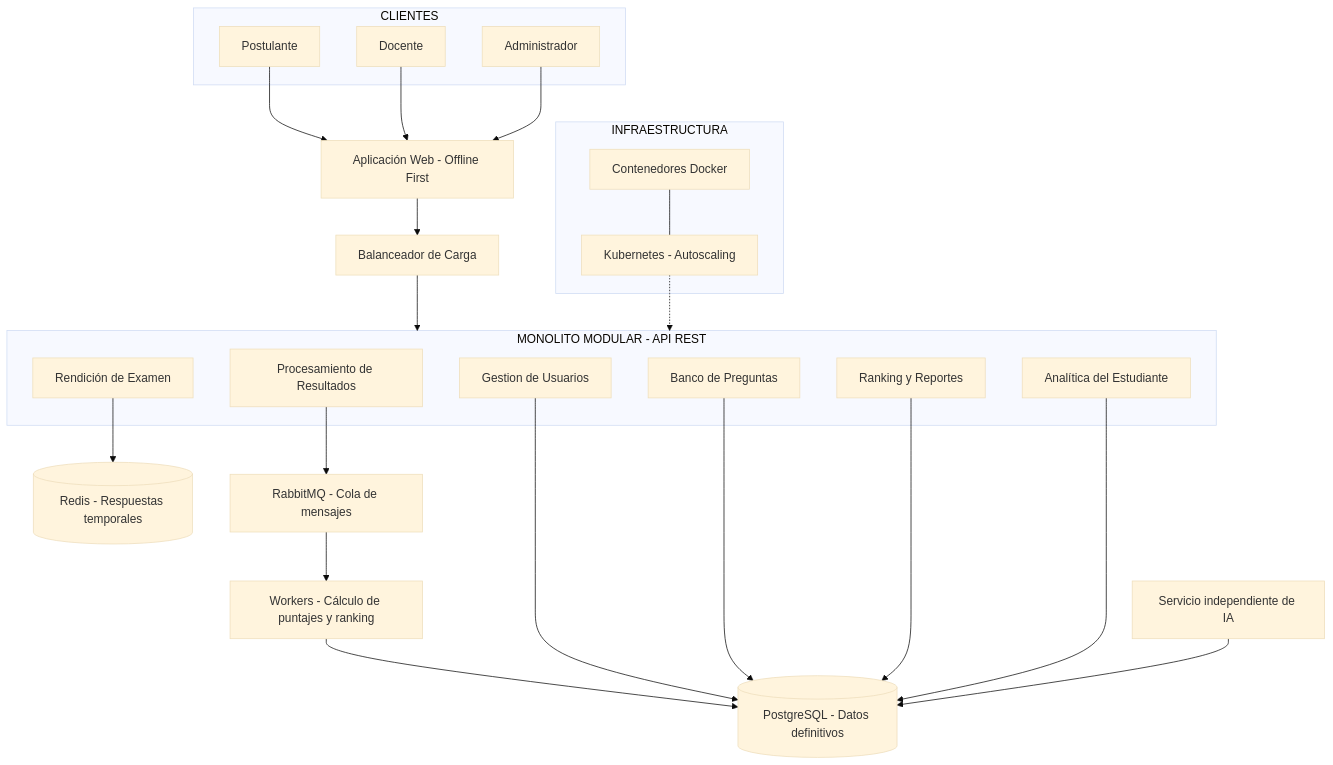
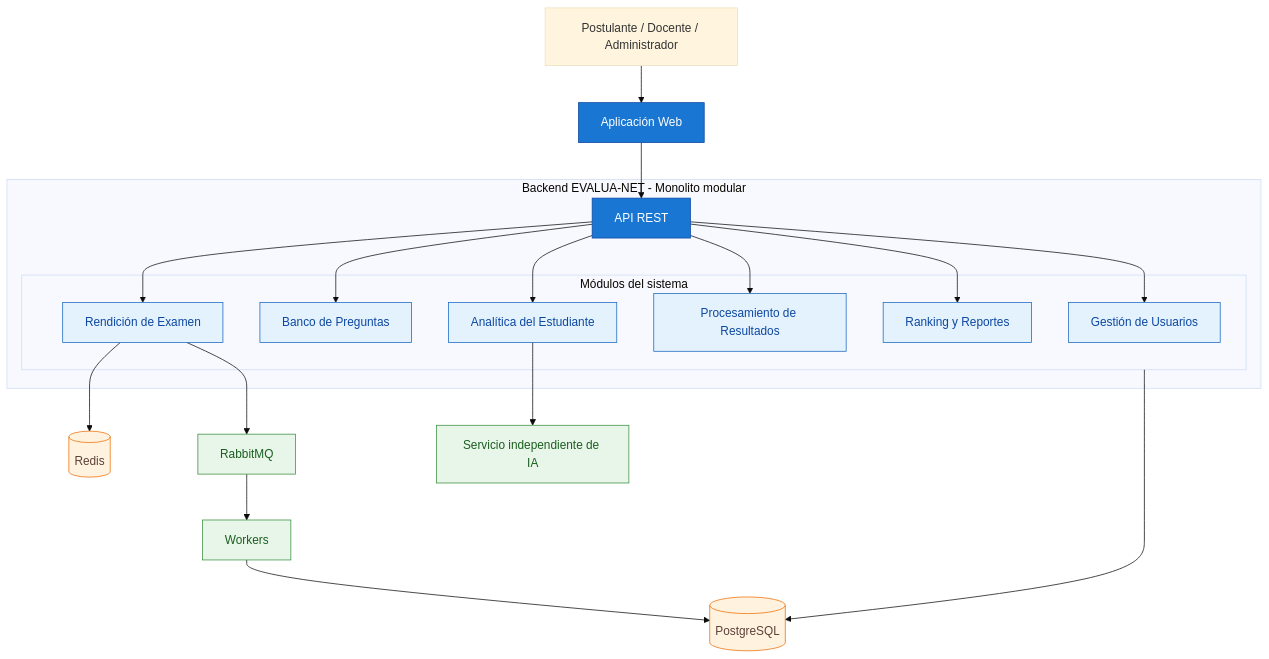
One commit to noelvaldez27-debug/Academia-arquitSoft-02-noelvaldez changed the diagram in docs/02-arquitectura-software/estilo-arquitectonico.md. Above: the diagram before and after it, drawn with Mermaid (base theme). The commit also changed other lines of this file, not shown here.

Commit message:
docs: simplificar estilo arquitectonico de EVALUA-NET

````diff
--- a/docs/02-arquitectura-software/estilo-arquitectonico.md
+++ b/docs/02-arquitectura-software/estilo-arquitectonico.md
@@ -40,53 +12,51 @@
 ```mermaid
-flowchart TD
-    subgraph CLIENTES["CLIENTES"]
-        P["Postulante"]
-        D["Docente"]
-        A["Administrador"]
+flowchart TB
+    U["Postulante / Docente / Administrador"]
+    WEB["Aplicación Web"]
+
+    subgraph BACKEND["Backend EVALUA-NET - Monolito modular"]
+        API["API REST"]
+
+        subgraph MODULOS["Módulos del sistema"]
+            M1["Gestión de Usuarios"]
+            M2["Banco de Preguntas"]
+            M3["Rendición de Examen"]
+            M4["Procesamiento de Resultados"]
+            M5["Ranking y Reportes"]
+            M6["Analítica del Estudiante"]
+        end
     end
 
-    WEB["Aplicación Web - Offline First"]
-    LB["Balanceador de Carga"]
-
-    subgraph BACKEND["MONOLITO MODULAR - API REST"]
-        U["Gestion de Usuarios"]
-        B["Banco de Preguntas"]
-        E["Rendición de Examen"]
-        R["Procesamiento de Resultados"]
-        K["Ranking y Reportes"]
-        AN["Analítica del Estudiante"]
-    end
-
-    REDIS[("Redis - Respuestas temporales")]
-    MQ["RabbitMQ - Cola de mensajes"]
-    W["Workers - Cálculo de puntajes y ranking"]
-    PG[("PostgreSQL - Datos definitivos")]
+    DB[("PostgreSQL")]
+    REDIS[("Redis")]
+    MQ["RabbitMQ"]
+    WORKER["Workers"]
     IA["Servicio independiente de IA"]
 
-    P --> WEB
-    D --> WEB
-    A --> WEB
+    U --> WEB
+    WEB --> API
 
-    WEB --> LB
-    LB --> BACKEND
+    API --> M1
+    API --> M2
+    API --> M3
+    API --> M4
+    API --> M5
+    API --> M6
 
-    E --> REDIS
-    R --> MQ
-    MQ --> W
-    W --> PG
+    MODULOS --> DB
+    M3 --> REDIS
+    M3 --> MQ
+    MQ --> WORKER
+    WORKER --> DB
+    M6 --> IA
 
-    U --> PG
-    B --> PG
-    K --> PG
-    AN --> PG
+    classDef app fill:#1976d2,stroke:#0d47a1,color:#ffffff
+    classDef modulo fill:#e3f2fd,stroke:#1565c0,color:#0d47a1
+    classDef datos fill:#fff3e0,stroke:#ef6c00,color:#5d4037
+    classDef externo fill:#e8f5e9,stroke:#388e3c,color:#1b5e20
 
-    IA --> PG
-
-    subgraph INFRA["INFRAESTRUCTURA"]
-        DOCKER["Contenedores Docker"]
-        K8S["Kubernetes - Autoscaling"]
-    end
-
-    DOCKER --- K8S
-    K8S -.-> BACKEND
+    class WEB,API app
+    class M1,M2,M3,M4,M5,M6 modulo
+    class DB,REDIS datos
+    class MQ,WORKER,IA externo
 ```
````
